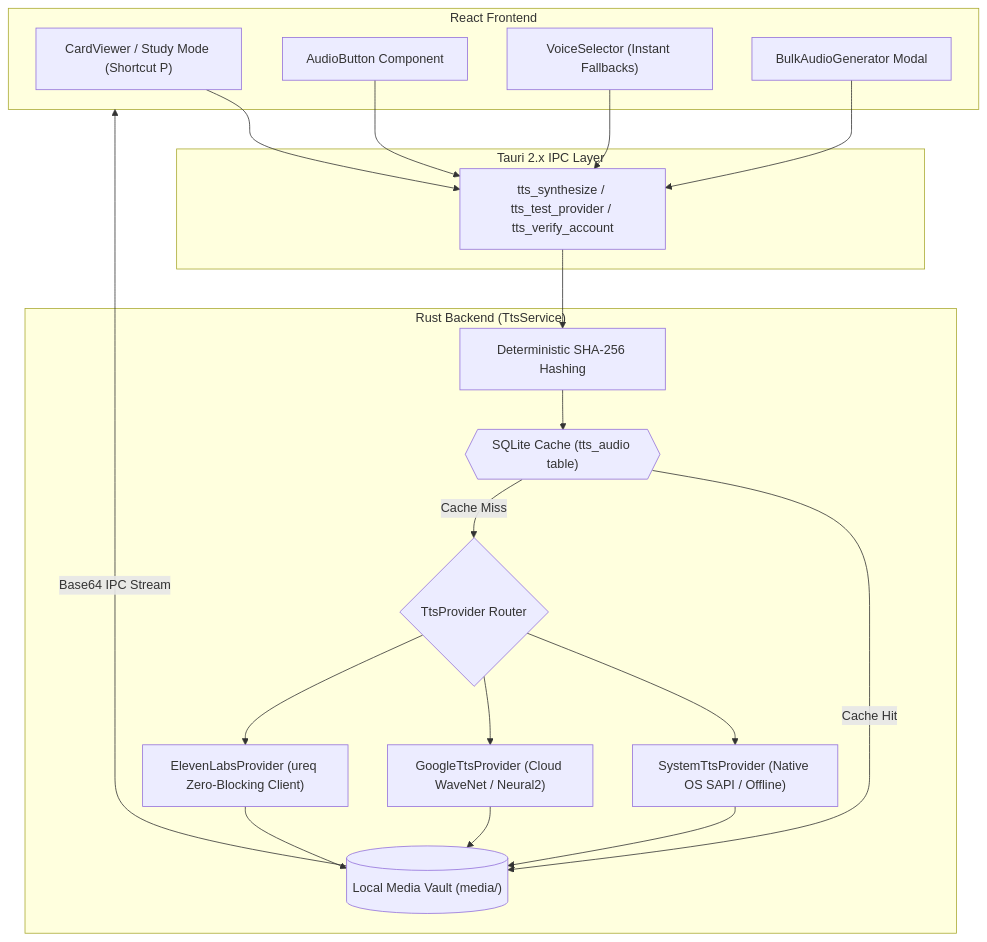
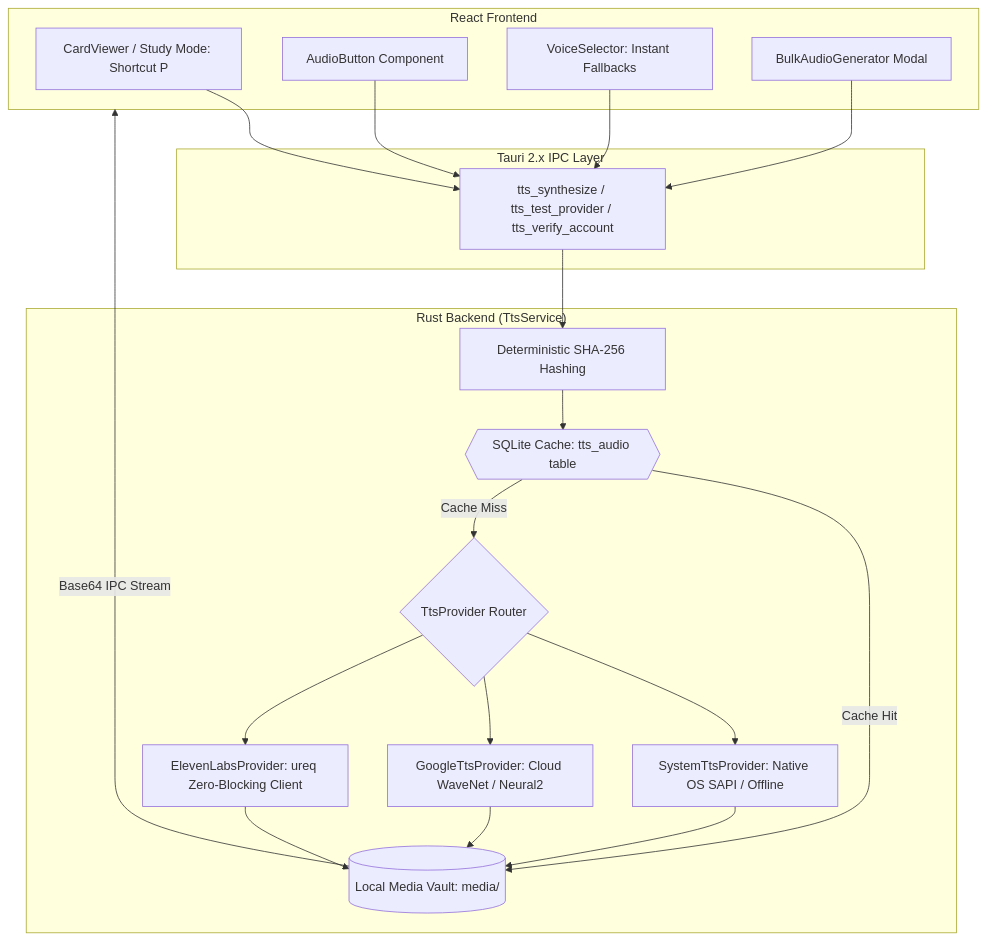
Before and after one commit to Omar-b381/Lisan-Intelligent-Personal-Learning-OS: the second of 3 diagrams in README.md, drawn with Mermaid. The commit also changed other lines of this file, not shown here.

Commit message:
docs: fix Mermaid syntax and nested parentheses in architecture diagrams

````diff
--- a/README.md
+++ b/README.md
@@ -174,38 +174,38 @@
 ```mermaid
 flowchart TD
     subgraph Frontend["React Frontend"]
-        CardViewer["CardViewer / Study Mode (Shortcut P)"]
+        CardViewer["CardViewer / Study Mode: Shortcut P"]
         AudioBtn["AudioButton Component"]
-        VoiceSelect["VoiceSelector (Instant Fallbacks)"]
+        VoiceSelect["VoiceSelector: Instant Fallbacks"]
         BulkGen["BulkAudioGenerator Modal"]
     end
 
     subgraph IPC["Tauri 2.x IPC Layer"]
         Commands["tts_synthesize / tts_test_provider / tts_verify_account"]
     end
 
     subgraph Backend["Rust Backend (TtsService)"]
         CacheKey["Deterministic SHA-256 Hashing"]
-        SQLiteCache{{"SQLite Cache (tts_audio table)"}}
-        MediaVault[("Local Media Vault (media/)")]
+        SQLiteCache{{"SQLite Cache: tts_audio table"}}
+        MediaVault[("Local Media Vault: media/")]
         
         Router{"TtsProvider Router"}
-        SystemTTS["SystemTtsProvider (Native OS SAPI / Offline)"]
-        GoogleTTS["GoogleTtsProvider (Cloud WaveNet / Neural2)"]
-        ElevenLabs["ElevenLabsProvider (ureq Zero-Blocking Client)"]
+        SystemTTS["SystemTtsProvider: Native OS SAPI / Offline"]
+        GoogleTTS["GoogleTtsProvider: Cloud WaveNet / Neural2"]
+        ElevenLabs["ElevenLabsProvider: ureq Zero-Blocking Client"]
     end
 
     CardViewer & AudioBtn & VoiceSelect & BulkGen --> Commands
     Commands --> CacheKey
     CacheKey --> SQLiteCache
     
     SQLiteCache -->|"Cache Hit"| MediaVault
     SQLiteCache -->|"Cache Miss"| Router
     
     Router --> SystemTTS
     Router --> GoogleTTS
     Router --> ElevenLabs
     
     SystemTTS & GoogleTTS & ElevenLabs --> MediaVault
     MediaVault -->|"Base64 IPC Stream"| Frontend
 ```
````
